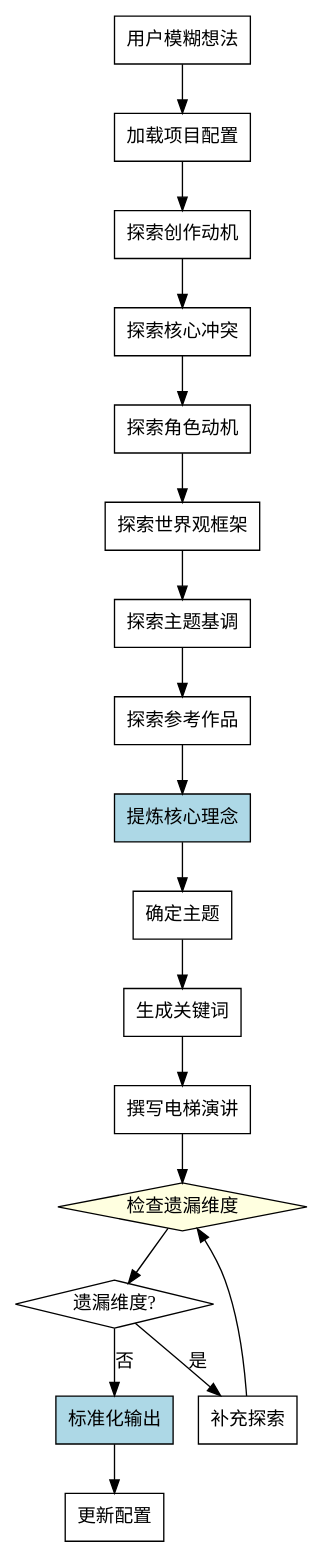
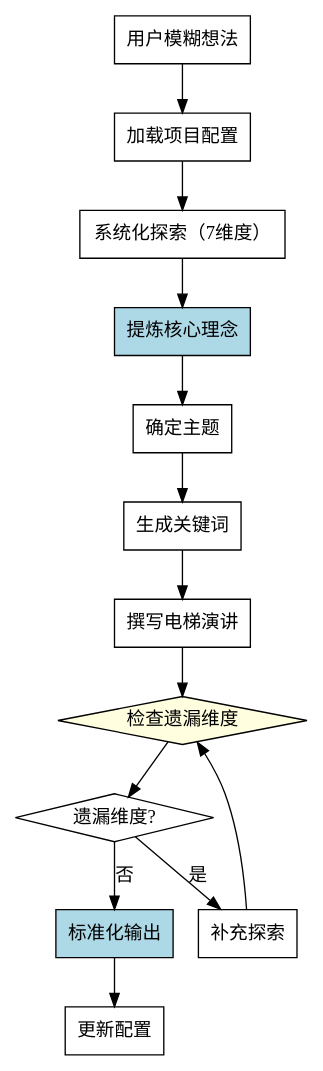
One commit to llklkl/novel changed the diagram in .opencode/skills/novel-ideation/SKILL.md. Above: the diagram before and after it, drawn with Graphviz. The commit also changed other lines of this file and 19 other files, not shown here.

````diff
--- a/.opencode/skills/novel-ideation/SKILL.md
+++ b/.opencode/skills/novel-ideation/SKILL.md
@@ -34,44 +29,34 @@
 ```dot
 digraph novel_ideation {
     rankdir=TB;
     
     "用户模糊想法" [shape=box];
     "加载项目配置" [shape=box];
-    "探索创作动机" [shape=box];
-    "探索核心冲突" [shape=box];
-    "探索角色动机" [shape=box];
-    "探索世界观框架" [shape=box];
-    "探索主题基调" [shape=box];
-    "探索参考作品" [shape=box];
+    "系统化探索（7维度）" [shape=box];
     "提炼核心理念" [shape=box, style=filled, fillcolor=lightblue];
     "确定主题" [shape=box];
     "生成关键词" [shape=box];
     "撰写电梯演讲" [shape=box];
     "检查遗漏维度" [shape=diamond, style=filled, fillcolor=lightyellow];
     "遗漏维度?" [shape=diamond];
     "补充探索" [shape=box];
     "标准化输出" [shape=box, style=filled, fillcolor=lightblue];
     "更新配置" [shape=box];
     
     "用户模糊想法" -> "加载项目配置";
-    "加载项目配置" -> "探索创作动机";
-    "探索创作动机" -> "探索核心冲突";
-    "探索核心冲突" -> "探索角色动机";
-    "探索角色动机" -> "探索世界观框架";
-    "探索世界观框架" -> "探索主题基调";
-    "探索主题基调" -> "探索参考作品";
-    "探索参考作品" -> "提炼核心理念";
+    "加载项目配置" -> "系统化探索（7维度）";
+    "系统化探索（7维度）" -> "提炼核心理念";
     
     "提炼核心理念" -> "确定主题";
     "确定主题" -> "生成关键词";
     "生成关键词" -> "撰写电梯演讲";
     "撰写电梯演讲" -> "检查遗漏维度";
     
     "检查遗漏维度" -> "遗漏维度?";
     "遗漏维度?" -> "补充探索" [label="是"];
     "遗漏维度?" -> "标准化输出" [label="否"];
     "补充探索" -> "检查遗漏维度";
     
     "标准化输出" -> "更新配置";
 }
 ```
````
